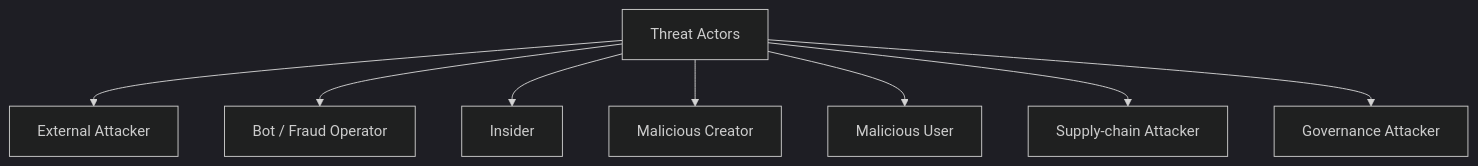
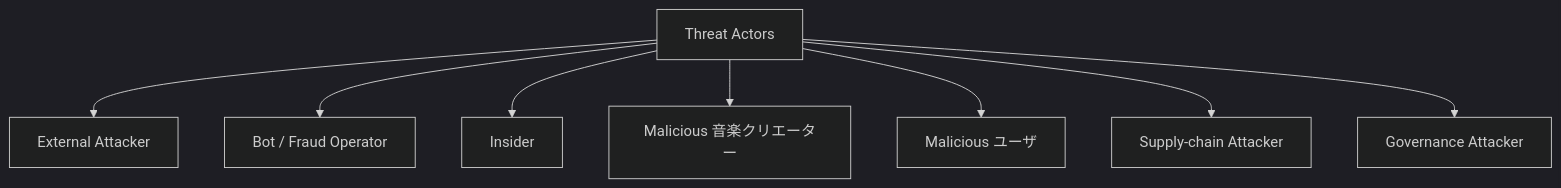
The second of 48 diagrams in docs/whitepaper/10-security.md (ShigeichiroYamasaki/creator-first-platform), drawn with Mermaid (dark theme) before and after one commit. The commit also changed other lines of this file and 67 other files, not shown here.

````diff
--- a/docs/whitepaper/10-security.md
+++ b/docs/whitepaper/10-security.md
@@ -85,12 +85,12 @@
 ```mermaid
 flowchart TD
     ATTACKER[Threat Actors]
 
     ATTACKER --> EXT[External Attacker]
     ATTACKER --> BOT[Bot / Fraud Operator]
     ATTACKER --> INSIDER[Insider]
-    ATTACKER --> MALCREATOR[Malicious Creator]
-    ATTACKER --> MALUSER[Malicious User]
+    ATTACKER --> MALCREATOR[Malicious 音楽クリエーター]
+    ATTACKER --> MALUSER[Malicious ユーザ]
     ATTACKER --> SUPPLY[Supply-chain Attacker]
     ATTACKER --> GOVATTACK[Governance Attacker]
 ```
````
